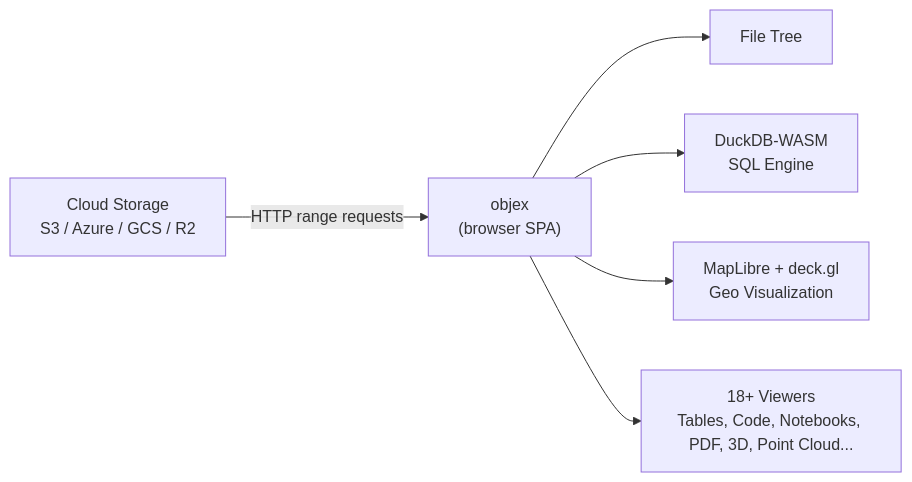
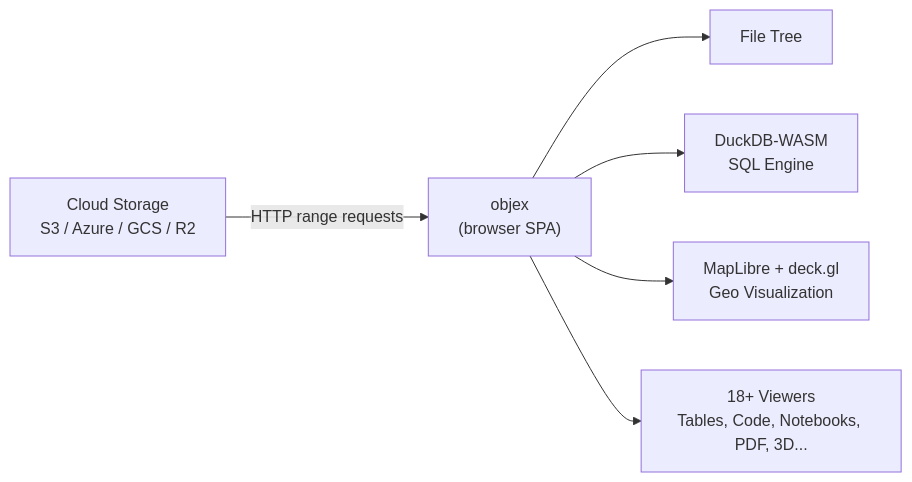
Before and after one commit to walkthru-earth/objex: the diagram in README.md, drawn with Mermaid. The commit also changed other lines of this file and 22 other files, not shown here.

````diff
--- a/README.md
+++ b/README.md
@@ -5,8 +5,8 @@
 ```mermaid
 graph LR
     Cloud["Cloud Storage<br/>S3 / Azure / GCS / R2"] -->|HTTP range requests| App["objex<br/>(browser SPA)"]
     App --> Browse[File Tree]
     App --> Query["DuckDB-WASM<br/>SQL Engine"]
     App --> Map["MapLibre + deck.gl<br/>Geo Visualization"]
-    App --> View["18+ Viewers<br/>Tables, Code, Notebooks, PDF, 3D, Point Cloud..."]
+    App --> View["18+ Viewers<br/>Tables, Code, Notebooks, PDF, 3D..."]
 ```
````
